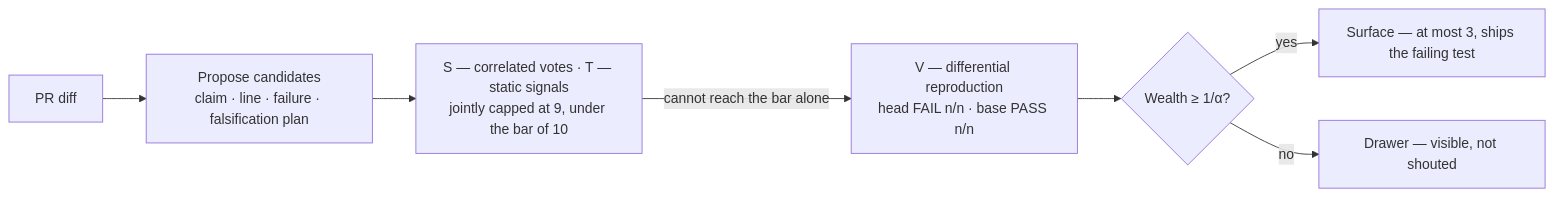
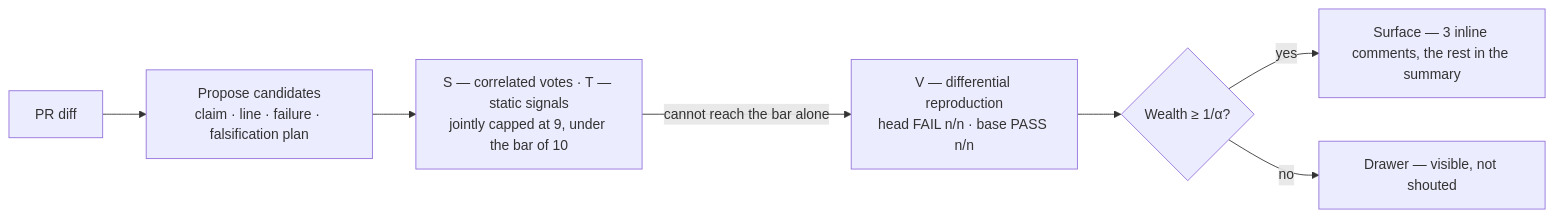
One commit to IcantFind-a-username/IcantFind-a-username changed the first of 2 diagrams in README.md. Above: the diagram before and after it, drawn with Mermaid.

Commit message:
Fix the diagram label carrying the two claims the prose just corrected
The Surface node still read 'at most 3, ships the failing test'. Both halves
were corrected in the prose one commit ago and both were left standing in the
diagram, which is the same failure the previous commit was fixing: only the
sentences under edit were checked.

The node now reads '3 inline comments, the rest in the summary'. The whole file
was then swept for the four corrected phrases rather than the edited region.

````diff
--- a/README.md
+++ b/README.md
@@ -37,9 +37,9 @@
 ```mermaid
 flowchart LR
     A["PR diff"] --> B["Propose candidates<br/>claim · line · failure · falsification plan"]
     B --> C["S — correlated votes · T — static signals<br/>jointly capped at 9, under the bar of 10"]
     C -->|"cannot reach the bar alone"| V["V — differential reproduction<br/>head FAIL n/n · base PASS n/n"]
     V --> D{"Wealth ≥ 1/α?"}
-    D -->|yes| E["Surface — at most 3, ships the failing test"]
+    D -->|yes| E["Surface — 3 inline comments, the rest in the summary"]
     D -->|no| G["Drawer — visible, not shouted"]
 ```
````
